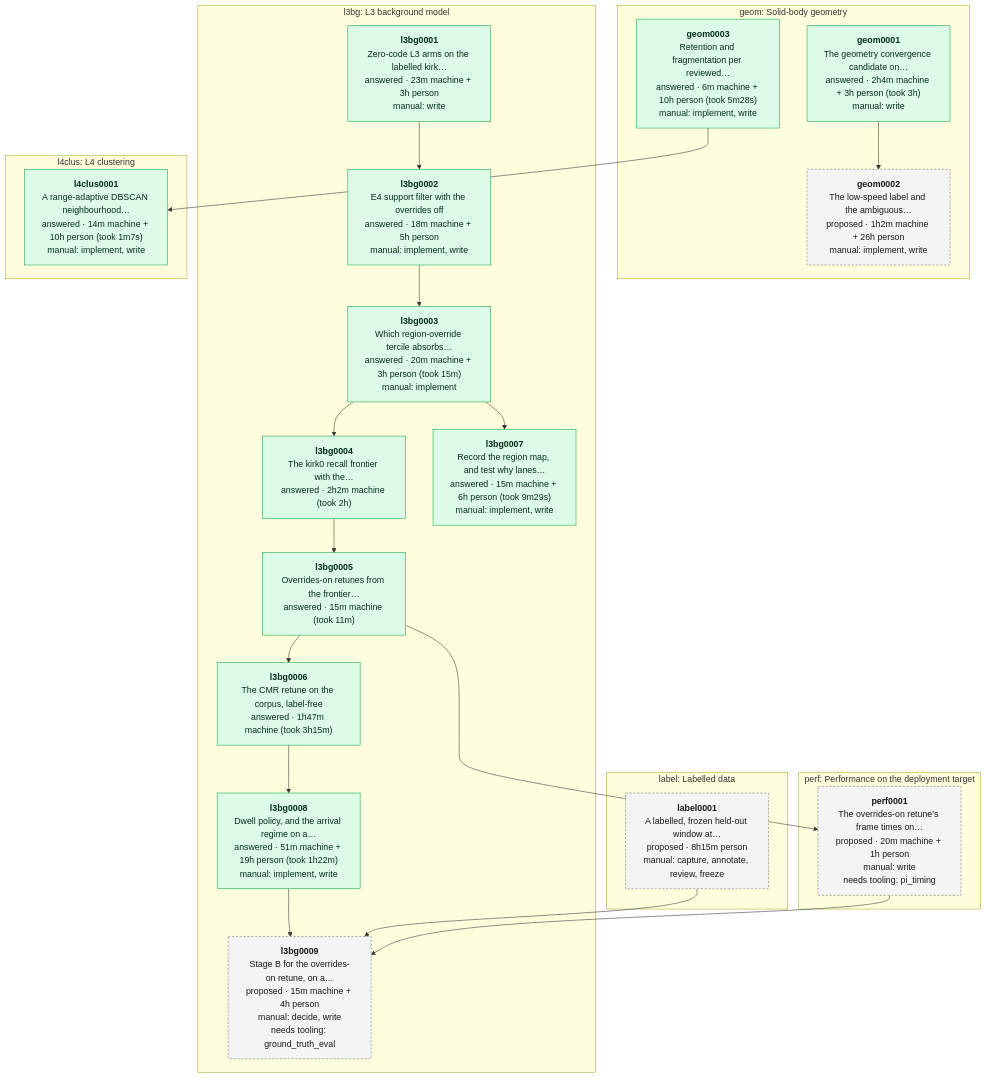
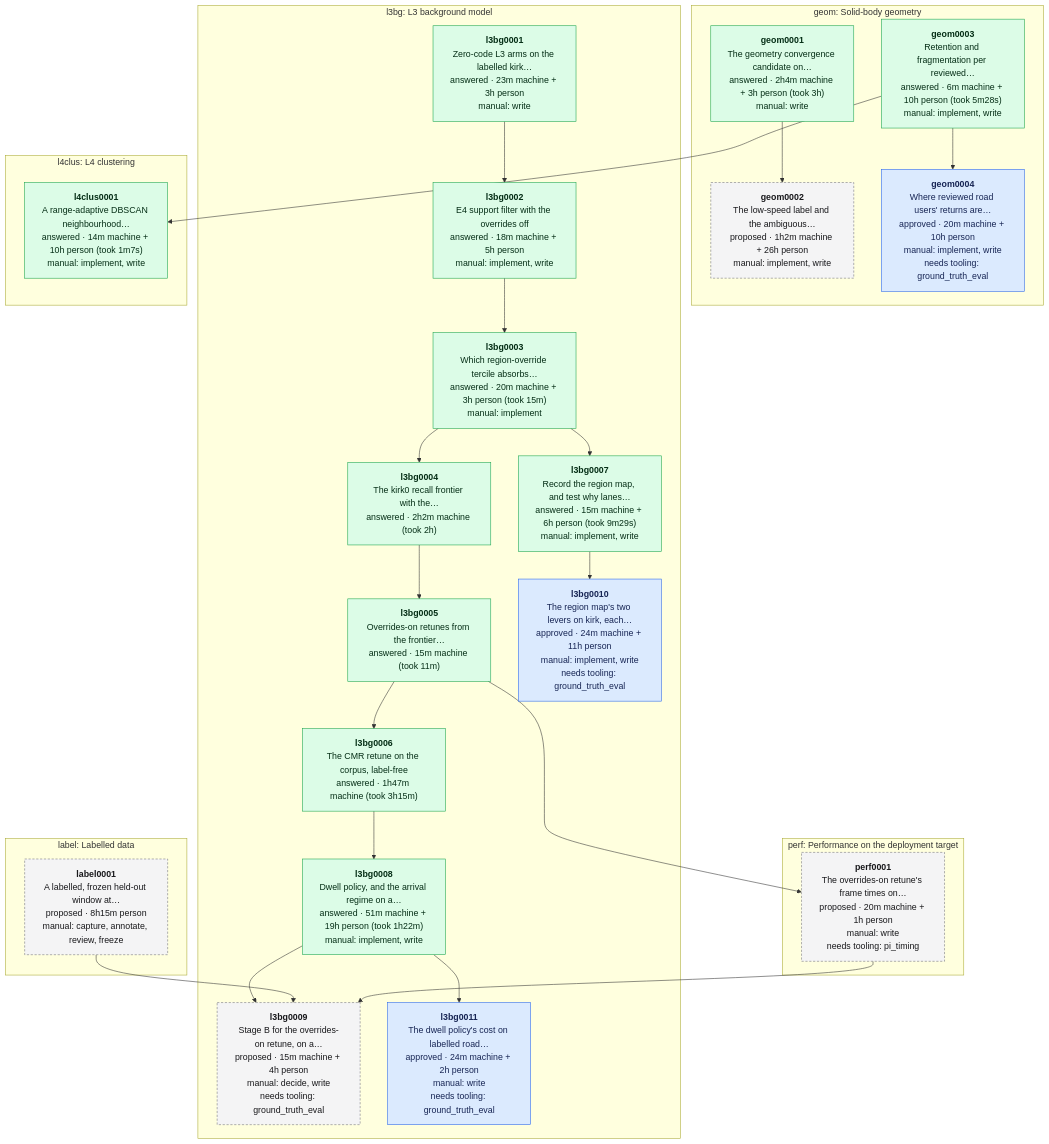
Before and after one commit to banshee-data/velocity.report: the diagram in data/experiments/DEPENDENCIES.md, drawn with Mermaid. The commit also changed other lines of this file and 3 other files, not shown here.

First line of the commit message:
[ai][docs] Specs for the follow-up run: the region map's levers, the dwell policy's labelled cost, and the fate of each reviewed return

````diff
--- a/data/experiments/DEPENDENCIES.md
+++ b/data/experiments/DEPENDENCIES.md
@@ -7,45 +7,51 @@
 ```mermaid
 flowchart TB
   classDef proposed fill:#f4f4f5,stroke:#71717a,stroke-dasharray:4 3,color:#18181b
   classDef approved fill:#dbeafe,stroke:#2563eb,color:#172554
   classDef answered fill:#dcfce7,stroke:#16a34a,color:#052e16
   classDef retired fill:#fafafa,stroke:#d4d4d8,color:#71717a
   subgraph area_geom ["geom: Solid-body geometry"]
     geom0001["<b>geom0001</b><br/>The geometry convergence candidate on…<br/>answered · 2h4m machine + 3h person (took 3h)<br/>manual: write"]:::answered
     geom0002["<b>geom0002</b><br/>The low-speed label and the ambiguous…<br/>proposed · 1h2m machine + 26h person<br/>manual: implement, write"]:::proposed
     geom0003["<b>geom0003</b><br/>Retention and fragmentation per reviewed…<br/>answered · 6m machine + 10h person (took 5m28s)<br/>manual: implement, write"]:::answered
+    geom0004["<b>geom0004</b><br/>Where reviewed road users' returns are…<br/>approved · 20m machine + 10h person<br/>manual: implement, write<br/>needs tooling: ground_truth_eval"]:::approved
   end
   subgraph area_l3bg ["l3bg: L3 background model"]
     l3bg0001["<b>l3bg0001</b><br/>Zero-code L3 arms on the labelled kirk…<br/>answered · 23m machine + 3h person<br/>manual: write"]:::answered
     l3bg0002["<b>l3bg0002</b><br/>E4 support filter with the overrides off<br/>answered · 18m machine + 5h person<br/>manual: implement, write"]:::answered
     l3bg0003["<b>l3bg0003</b><br/>Which region-override tercile absorbs…<br/>answered · 20m machine + 3h person (took 15m)<br/>manual: implement"]:::answered
     l3bg0004["<b>l3bg0004</b><br/>The kirk0 recall frontier with the…<br/>answered · 2h2m machine (took 2h)"]:::answered
     l3bg0005["<b>l3bg0005</b><br/>Overrides-on retunes from the frontier…<br/>answered · 15m machine (took 11m)"]:::answered
     l3bg0006["<b>l3bg0006</b><br/>The CMR retune on the corpus, label-free<br/>answered · 1h47m machine (took 3h15m)"]:::answered
     l3bg0007["<b>l3bg0007</b><br/>Record the region map, and test why lanes…<br/>answered · 15m machine + 6h person (took 9m29s)<br/>manual: implement, write"]:::answered
     l3bg0008["<b>l3bg0008</b><br/>Dwell policy, and the arrival regime on a…<br/>answered · 51m machine + 19h person (took 1h22m)<br/>manual: implement, write"]:::answered
     l3bg0009["<b>l3bg0009</b><br/>Stage B for the overrides-on retune, on a…<br/>proposed · 15m machine + 4h person<br/>manual: decide, write<br/>needs tooling: ground_truth_eval"]:::proposed
+    l3bg0010["<b>l3bg0010</b><br/>The region map's two levers on kirk, each…<br/>approved · 24m machine + 11h person<br/>manual: implement, write<br/>needs tooling: ground_truth_eval"]:::approved
+    l3bg0011["<b>l3bg0011</b><br/>The dwell policy's cost on labelled road…<br/>approved · 24m machine + 2h person<br/>manual: write<br/>needs tooling: ground_truth_eval"]:::approved
   end
   subgraph area_l4clus ["l4clus: L4 clustering"]
     l4clus0001["<b>l4clus0001</b><br/>A range-adaptive DBSCAN neighbourhood…<br/>answered · 14m machine + 10h person (took 1m7s)<br/>manual: implement, write"]:::answered
   end
   subgraph area_label ["label: Labelled data"]
     label0001["<b>label0001</b><br/>A labelled, frozen held-out window at…<br/>proposed · 8h15m person<br/>manual: capture, annotate, review, freeze"]:::proposed
   end
   subgraph area_perf ["perf: Performance on the deployment target"]
     perf0001["<b>perf0001</b><br/>The overrides-on retune's frame times on…<br/>proposed · 20m machine + 1h person<br/>manual: write<br/>needs tooling: pi_timing"]:::proposed
   end
   geom0001 --> geom0002
+  geom0003 --> geom0004
   l3bg0001 --> l3bg0002
   l3bg0002 --> l3bg0003
   l3bg0003 --> l3bg0004
   l3bg0004 --> l3bg0005
   l3bg0005 --> l3bg0006
   l3bg0003 --> l3bg0007
   l3bg0006 --> l3bg0008
   l3bg0008 --> l3bg0009
   label0001 --> l3bg0009
   perf0001 --> l3bg0009
+  l3bg0007 --> l3bg0010
+  l3bg0008 --> l3bg0011
   geom0003 --> l4clus0001
   l3bg0005 --> perf0001
 ```
````
